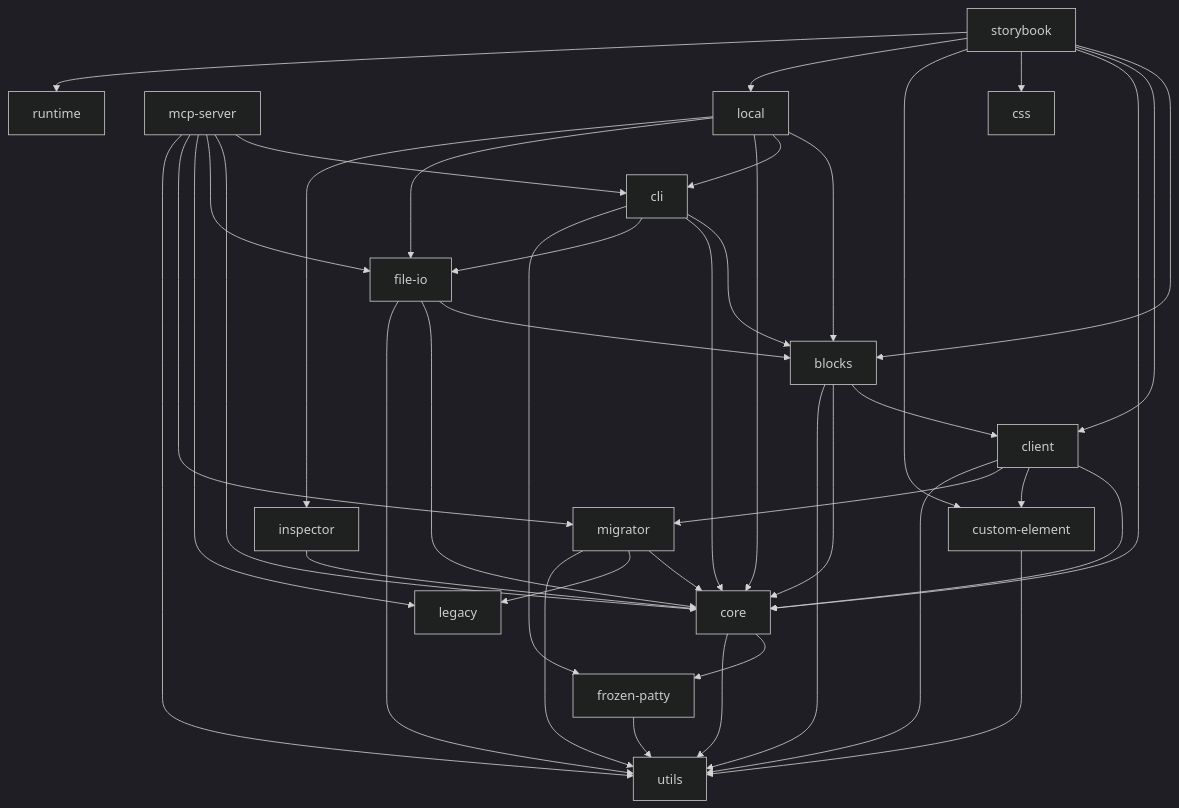
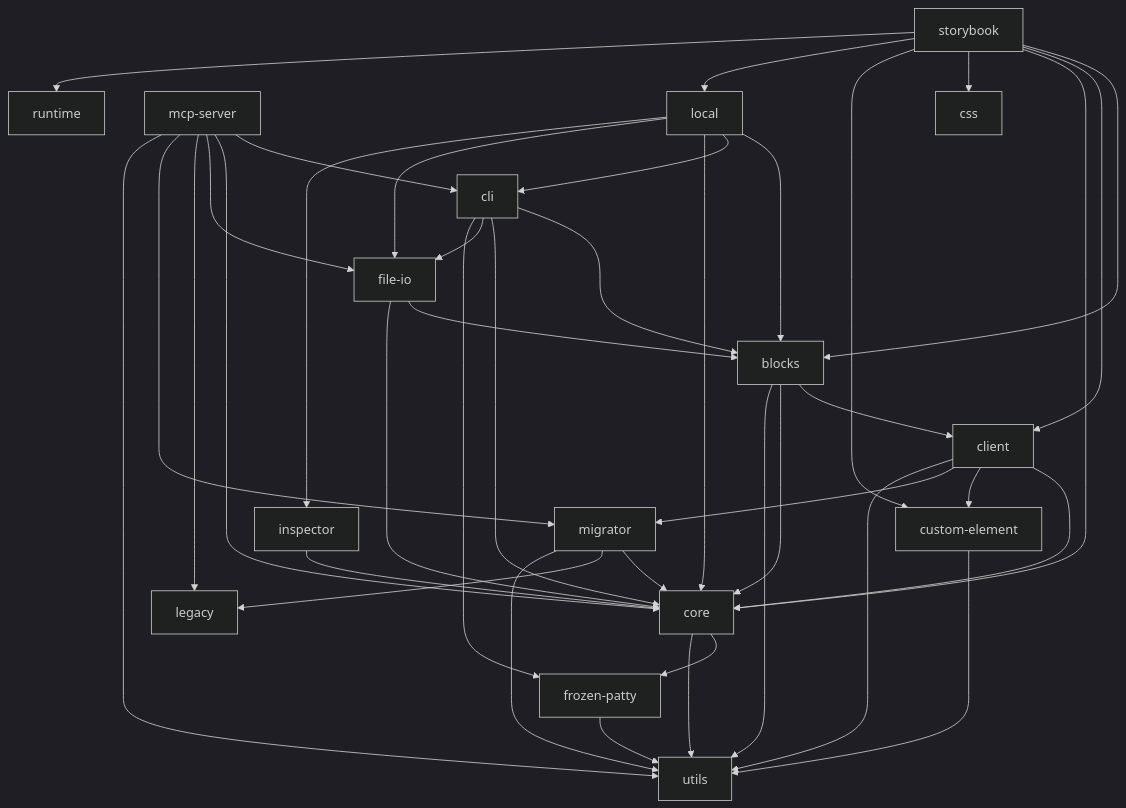
Before and after one commit to d-zero-dev/BurgerEditor: the diagram in ARCHITECTURE.md, drawn with Mermaid (dark theme). The commit also changed 5 other files, not shown here.

````diff
--- a/ARCHITECTURE.md
+++ b/ARCHITECTURE.md
@@ -11,62 +11,61 @@
 ```mermaid
 graph TD
     %% A --> B は「A が B に依存する」（dependencies / peerDependencies）。
     %% 正は各 package.json。yarn verify:architecture-graph が CI で突き合わせる
     utils["utils"]
     frozenpatty["frozen-patty"]
     core["core"]
     customelement["custom-element"]
     client["client"]
     blocks["blocks"]
     migrator["migrator"]
     legacy["legacy"]
     inspector["inspector"]
     fileio["file-io"]
     cli["cli"]
     local["local"]
     mcpserver["mcp-server"]
     css["css"]
     runtime["runtime"]
     storybook["storybook"]
 
     frozenpatty --> utils
     core --> frozenpatty
     core --> utils
     customelement --> utils
     client --> core
     client --> customelement
     client --> migrator
     client --> utils
     blocks --> client
     blocks --> core
     blocks --> utils
     migrator --> core
     migrator --> legacy
     migrator --> utils
     inspector --> core
     fileio --> blocks
     fileio --> core
-    fileio --> utils
     cli --> blocks
     cli --> core
     cli --> fileio
     cli --> frozenpatty
     local --> blocks
     local --> cli
     local --> core
     local --> fileio
     local --> inspector
     mcpserver --> cli
     mcpserver --> core
     mcpserver --> fileio
     mcpserver --> legacy
     mcpserver --> migrator
     mcpserver --> utils
     storybook --> blocks
     storybook --> client
     storybook --> core
     storybook --> css
     storybook --> customelement
     storybook --> local
     storybook --> runtime
 ```
````
